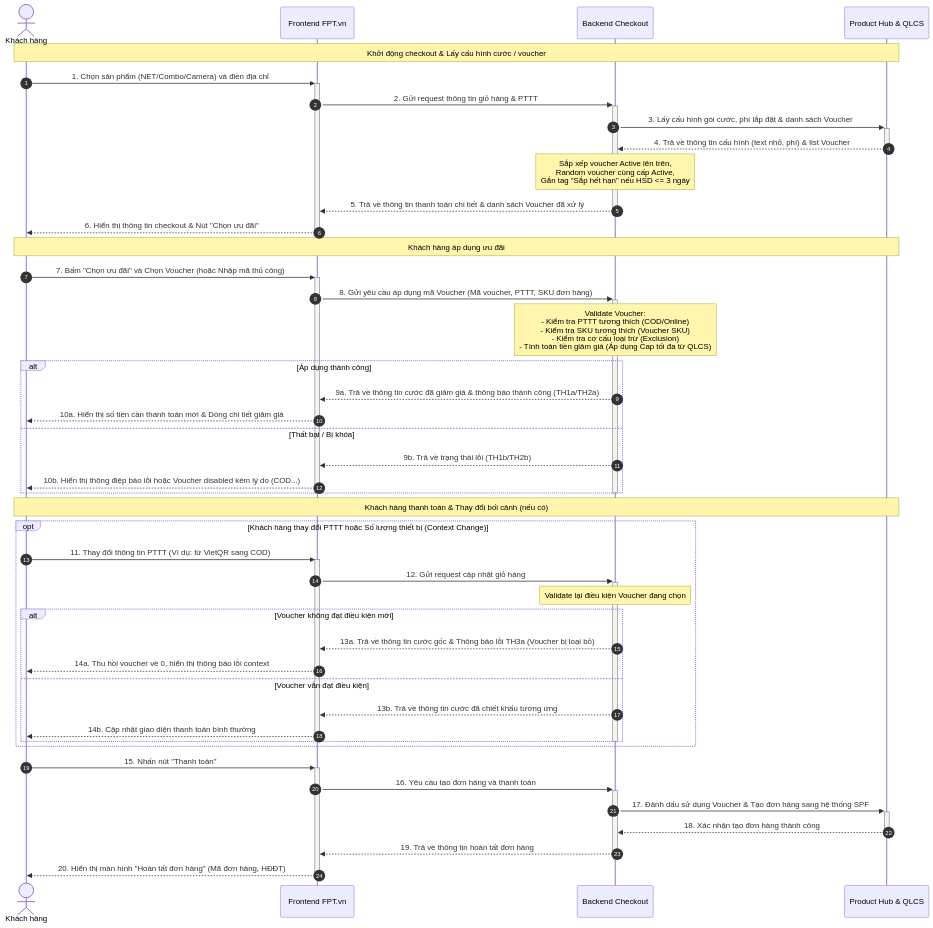
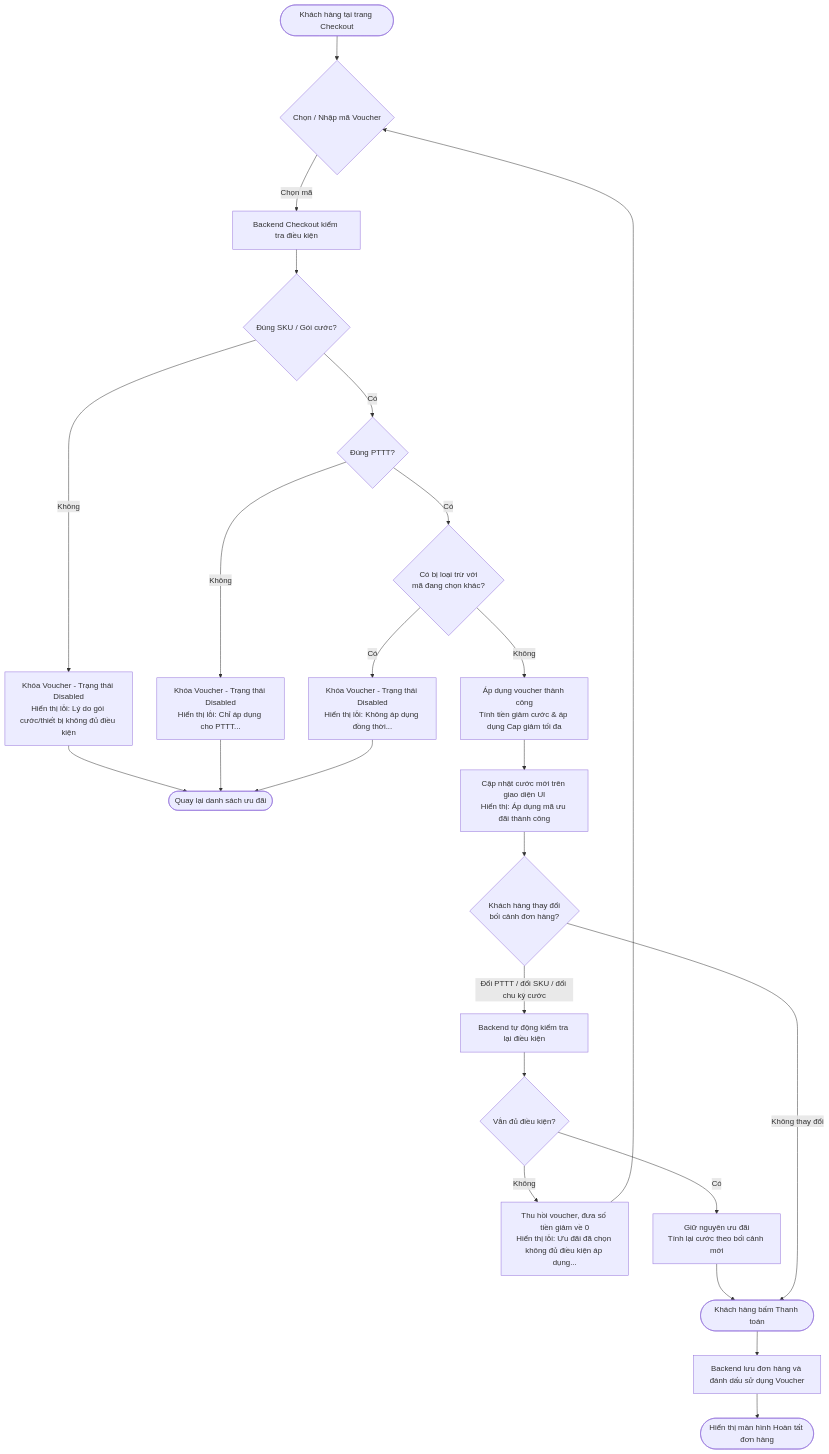
The diagram in diagrams/voucher_flow.md (hathuy2706-BA/FPT), drawn with Mermaid before and after one commit. The commit also changed other lines of this file and 2 other files, not shown here.

Commit message:
docs: replace sequence diagram with flow diagram in URD

````diff
--- a/diagrams/voucher_flow.md
+++ b/diagrams/voucher_flow.md
@@ -8,59 +8,31 @@
 ```mermaid
 %%{init: { 'theme': 'default' } }%%
-sequenceDiagram
-    autonumber
-    actor Customer as Khách hàng
-    participant FE as Frontend FPT.vn
-    participant BE as Backend Checkout
-    participant Hub as Product Hub & QLCS
-
-    Note over Customer, Hub: Khởi động checkout & Lấy cấu hình cước / voucher
-    Customer->>+FE: 1. Chọn sản phẩm (NET/Combo/Camera) và điền địa chỉ
-    FE->>+BE: 2. Gửi request thông tin giỏ hàng & PTTT
-    BE->>+Hub: 3. Lấy cấu hình gói cước, phí lắp đặt & danh sách Voucher
-    Hub-->>-BE: 4. Trả về thông tin cấu hình (text nhỏ, phí) & list Voucher
+flowchart TD
+    Start([Khách hàng tại trang Checkout]) --> SelectVoucher{Chọn / Nhập mã Voucher}
     
-    Note over BE: Sắp xếp voucher Active lên trên,<br/>Random voucher cùng cấp Active,<br/>Gắn tag "Sắp hết hạn" nếu HSD <= 3 ngày
+    SelectVoucher -->|Chọn mã| CheckConditions[Backend Checkout kiểm tra điều kiện]
     
-    BE-->>-FE: 5. Trả về thông tin thanh toán chi tiết & danh sách Voucher đã xử lý
-    FE-->>-Customer: 6. Hiển thị thông tin checkout & Nút "Chọn ưu đãi"
-
-    Note over Customer, Hub: Khách hàng áp dụng ưu đãi
-    Customer->>+FE: 7. Bấm "Chọn ưu đãi" và Chọn Voucher (hoặc Nhập mã thủ công)
-    FE->>+BE: 8. Gửi yêu cầu áp dụng mã Voucher (Mã voucher, PTTT, SKU đơn hàng)
+    CheckConditions --> CheckSKU{Đúng SKU / Gói cước?}
+    CheckSKU -->|Không| DisableSKU[Khóa Voucher - Trạng thái Disabled<br/>Hiển thị lỗi: Lý do gói cước/thiết bị không đủ điều kiện] --> EndSelect([Quay lại danh sách ưu đãi])
+    CheckSKU -->|Có| CheckPTTT{Đúng PTTT?}
     
-    Note over BE: Validate Voucher:<br/>- Kiểm tra PTTT tương thích (COD/Online)<br/>- Kiểm tra SKU tương thích (Voucher SKU)<br/>- Kiểm tra cơ cấu loại trừ (Exclusion)<br/>- Tính toán tiền giảm giá (Áp dụng Cap tối đa từ QLCS)
+    CheckPTTT -->|Không| DisablePTTT[Khóa Voucher - Trạng thái Disabled<br/>Hiển thị lỗi: Chỉ áp dụng cho PTTT...] --> EndSelect
+    CheckPTTT -->|Có| CheckExclusion{Có bị loại trừ với<br/>mã đang chọn khác?}
     
-    alt Áp dụng thành công
-        BE-->>FE: 9a. Trả về thông tin cước đã giảm giá & thông báo thành công (TH1a/TH2a)
-        FE-->>Customer: 10a. Hiển thị số tiền cần thanh toán mới & Dòng chi tiết giảm giá
-    else Thất bại / Bị khóa
-        BE-->>FE: 9b. Trả về trạng thái lỗi (TH1b/TH2b)
-        FE-->>Customer: 10b. Hiển thị thông điệp báo lỗi hoặc Voucher disabled kèm lý do (COD...)
-    end
-    deactivate BE
-    deactivate FE
-
-    Note over Customer, Hub: Khách hàng thanh toán & Thay đổi bối cảnh (nếu có)
-    opt Khách hàng thay đổi PTTT hoặc Số lượng thiết bị (Context Change)
-        Customer->>+FE: 11. Thay đổi thông tin PTTT (Ví dụ: từ VietQR sang COD)
-        FE->>+BE: 12. Gửi request cập nhật giỏ hàng
-        Note over BE: Validate lại điều kiện Voucher đang chọn
-        alt Voucher không đạt điều kiện mới
-            BE-->>FE: 13a. Trả về thông tin cước gốc & Thông báo lỗi TH3a (Voucher bị loại bỏ)
-            FE-->>Customer: 14a. Thu hồi voucher về 0, hiển thị thông báo lỗi context
-        else Voucher vẫn đạt điều kiện
-            BE-->>FE: 13b. Trả về thông tin cước đã chiết khấu tương ứng
-            FE-->>Customer: 14b. Cập nhật giao diện thanh toán bình thường
-        end
-        deactivate BE
-        deactivate FE
-    end
-
-    Customer->>+FE: 15. Nhấn nút "Thanh toán"
-    FE->>+BE: 16. Yêu cầu tạo đơn hàng và thanh toán
-    BE->>+Hub: 17. Đánh dấu sử dụng Voucher & Tạo đơn hàng sang hệ thống SPF
-    Hub-->>-BE: 18. Xác nhận tạo đơn hàng thành công
-    BE-->>-FE: 19. Trả về thông tin hoàn tất đơn hàng
-    FE-->>-Customer: 20. Hiển thị màn hình "Hoàn tất đơn hàng" (Mã đơn hàng, HĐĐT)
+    CheckExclusion -->|Có| DisableExcl[Khóa Voucher - Trạng thái Disabled<br/>Hiển thị lỗi: Không áp dụng đồng thời...] --> EndSelect
+    CheckExclusion -->|Không| ApplySuccess[Áp dụng voucher thành công<br/>Tính tiền giảm cước & áp dụng Cap giảm tối đa]
+    
+    ApplySuccess --> UpdateCheckout[Cập nhật cước mới trên giao diện UI<br/>Hiển thị: Áp dụng mã ưu đãi thành công]
+    
+    UpdateCheckout --> CheckoutActive{Khách hàng thay đổi<br/>bối cảnh đơn hàng?}
+    
+    CheckoutActive -->|Đổi PTTT / đổi SKU / đổi chu kỳ cước| ReValidate[Backend tự động kiểm tra lại điều kiện]
+    ReValidate --> ReCheckOK{Vẫn đủ điều kiện?}
+    ReCheckOK -->|Không| RevokeVoucher[Thu hồi voucher, đưa số tiền giảm về 0<br/>Hiển thị lỗi: Ưu đãi đã chọn không đủ điều kiện áp dụng...] --> SelectVoucher
+    ReCheckOK -->|Có| KeepVoucher[Giữ nguyên ưu đãi<br/>Tính lại cước theo bối cảnh mới] --> PayOrder
+    
+    CheckoutActive -->|Không thay đổi| PayOrder([Khách hàng bấm Thanh toán])
+    
+    PayOrder --> MarkUsed[Backend lưu đơn hàng và đánh dấu sử dụng Voucher]
+    MarkUsed --> SuccessPage([Hiển thị màn hình Hoàn tất đơn hàng])
 ```
````
